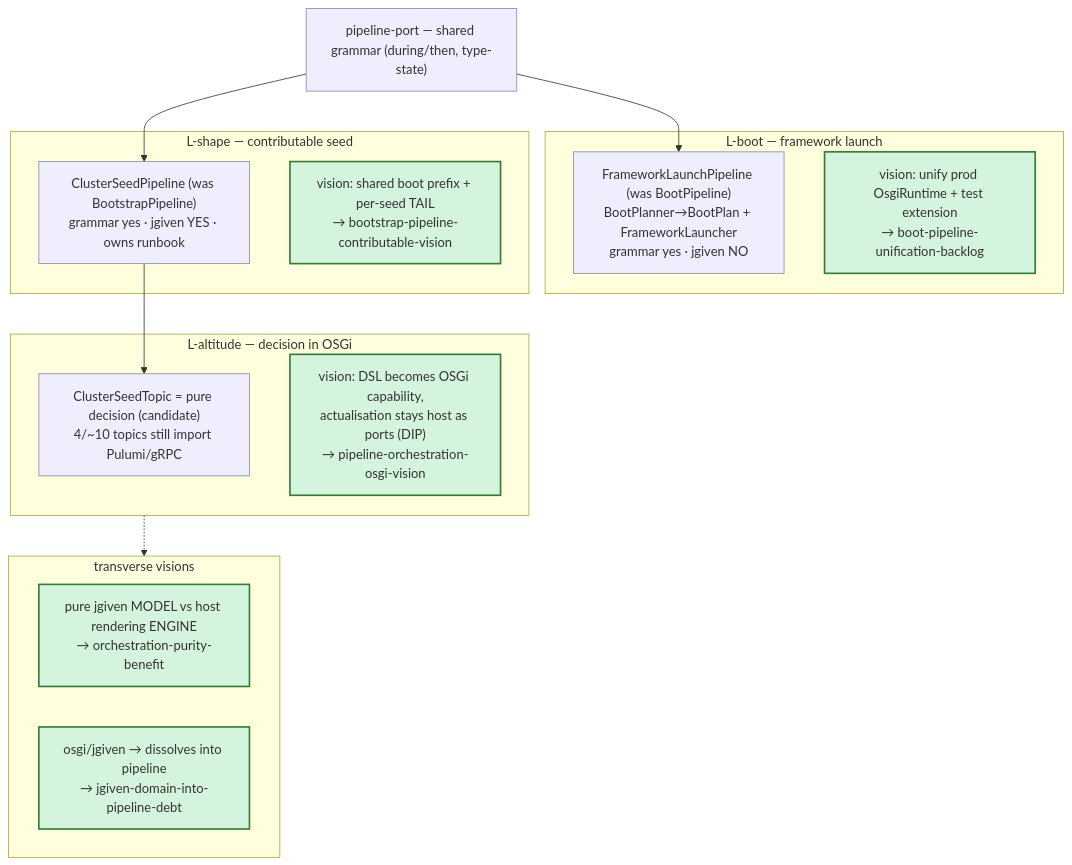
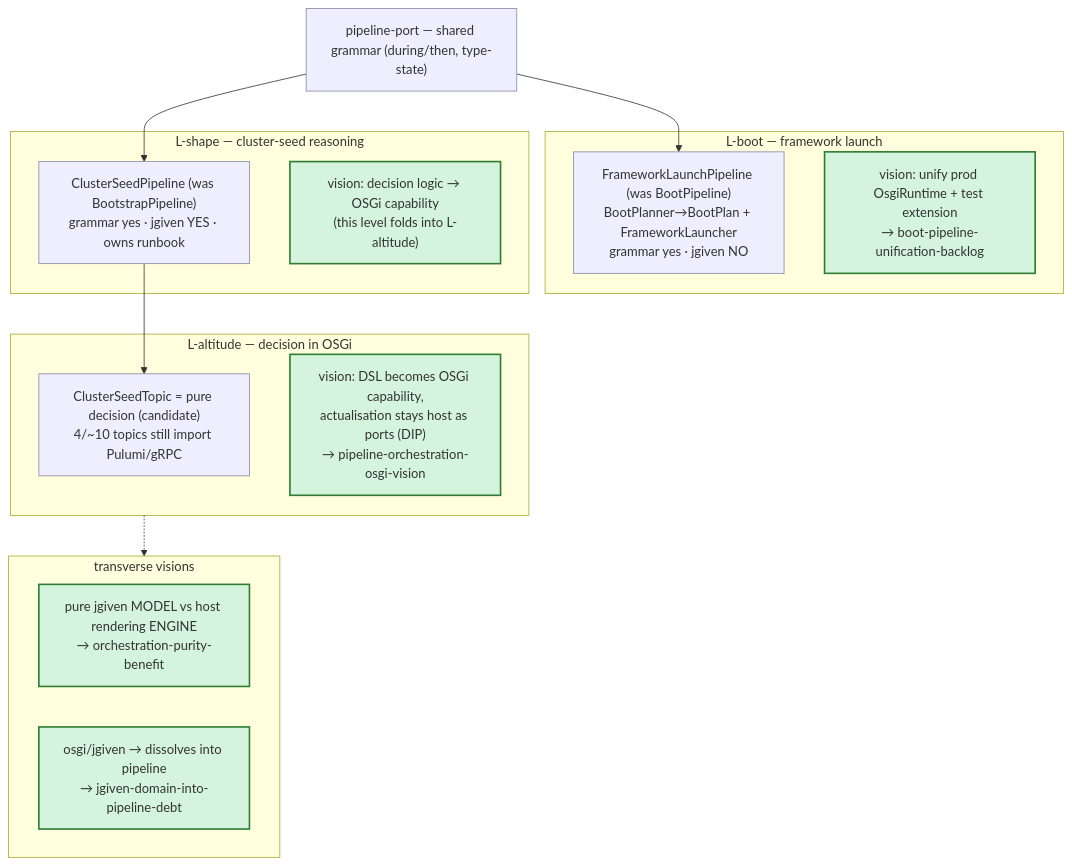
Before and after one commit to nxmatic/rke2lab: the third of 7 diagrams in docs/architecture/osgi/pipeline-spec.adoc, drawn with Mermaid. The commit also changed other lines of this file and 2 other files, not shown here.

First line of the commit message:
docs(pipeline): drop S2 as a task; keep only the "why not" that prevents reopening it

```diff
--- a/docs/architecture/osgi/pipeline-spec.adoc
+++ b/docs/architecture/osgi/pipeline-spec.adoc
@@ -220,29 +220,29 @@
 [mermaid]
 ....
 flowchart TB
   G["pipeline-port — shared grammar (during/then, type-state)"]
   subgraph LB["L-boot — framework launch"]
     lb["FrameworkLaunchPipeline (was BootPipeline)<br/>BootPlanner→BootPlan + FrameworkLauncher<br/>grammar yes · jgiven NO"]
     lb_v["vision: unify prod OsgiRuntime + test extension<br/>→ boot-pipeline-unification-backlog"]
   end
-  subgraph LS["L-shape — contributable seed"]
+  subgraph LS["L-shape — cluster-seed reasoning"]
     ls["ClusterSeedPipeline (was BootstrapPipeline)<br/>grammar yes · jgiven YES · owns runbook"]
-    ls_v["vision: shared boot prefix + per-seed TAIL<br/>→ bootstrap-pipeline-contributable-vision"]
+    ls_v["vision: decision logic → OSGi capability<br/>(this level folds into L-altitude)"]
   end
   subgraph LA["L-altitude — decision in OSGi"]
     la["ClusterSeedTopic = pure decision (candidate)<br/>4/~10 topics still import Pulumi/gRPC"]
     la_v["vision: DSL becomes OSGi capability,<br/>actualisation stays host as ports (DIP)<br/>→ pipeline-orchestration-osgi-vision"]
   end
   subgraph TV["transverse visions"]
     tv1["pure jgiven MODEL vs host rendering ENGINE<br/>→ orchestration-purity-benefit"]
     tv2["osgi/jgiven → dissolves into pipeline<br/>→ jgiven-domain-into-pipeline-debt"]
   end
   G --> lb
   G --> ls
   ls --> la
   LA -.-> TV
   classDef built fill:#eef,stroke:#88a,stroke-width:1px;
   classDef vision fill:#d4f4dd,stroke:#2e7d32,stroke-width:2px;
   class G,lb,ls,la built;
   class lb_v,ls_v,la_v,tv1,tv2 vision;
 ....
```
